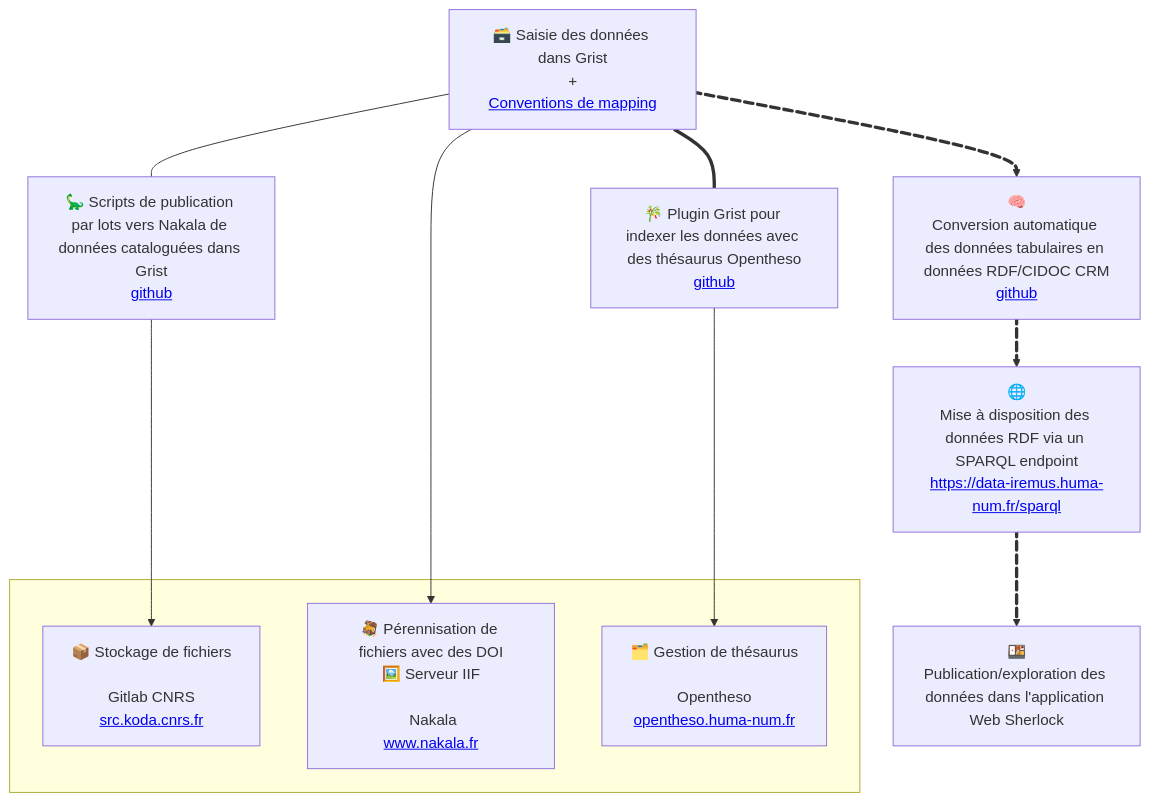
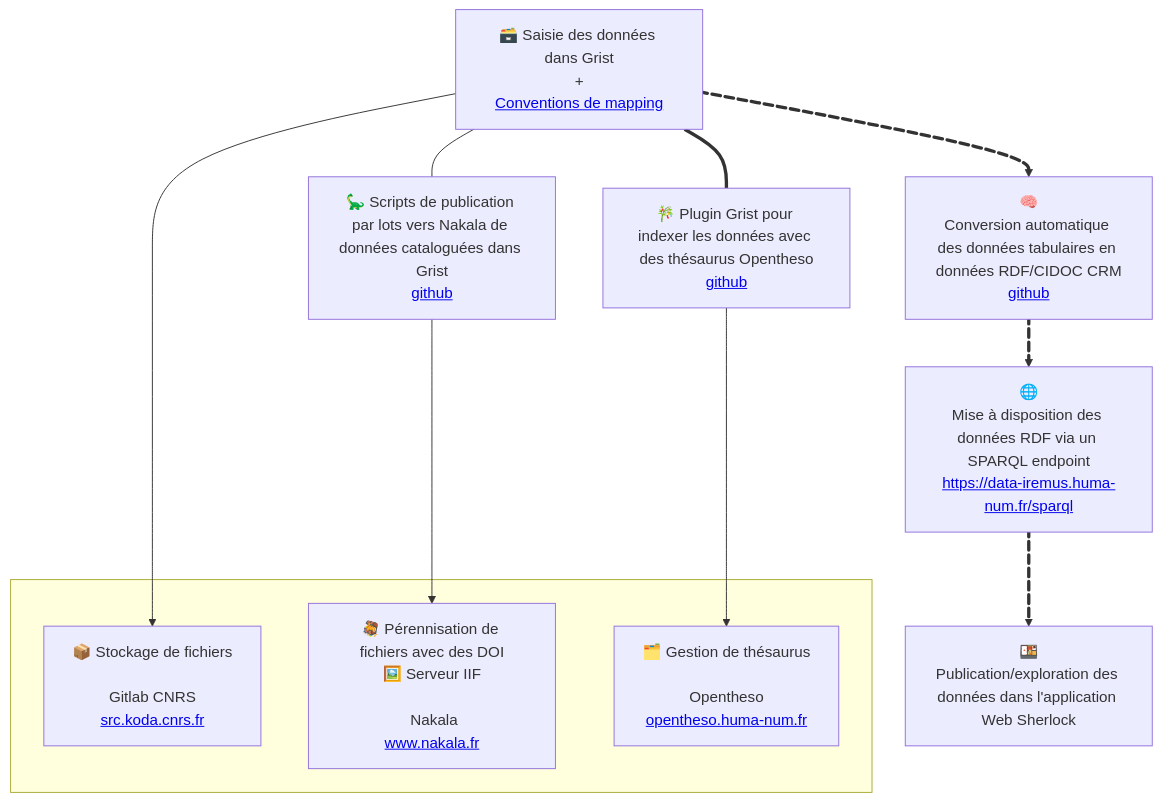
One commit to sherlock-iremus/sherlock changed the diagram in README.md. Above: the diagram before and after it, drawn with Mermaid.

````diff
--- a/README.md
+++ b/README.md
@@ -48,29 +48,29 @@
 ```mermaid
     flowchart TB
     
     subgraph  
     koda[📦 Stockage de fichiers<br><br>Gitlab CNRS<br><a href="https://src.koda.cnrs.fr/">src.koda.cnrs.fr</a>]
     nakala[🪎 Pérennisation de fichiers avec des DOI<br>🖼️ Serveur IIF<br><br> Nakala<br><a href="https://www.nakala.fr/">www.nakala.fr</a>]
     hnot[🗂️ Gestion de thésaurus<br><br>Opentheso<br><a href="https://opentheso.huma-num.fr/">opentheso.huma-num.fr</a>]
     end
     
     grist[🗃️ Saisie des données dans Grist<br>+<br><a href="https://github.com/sherlock-iremus/sherlock-grist-to-crm/blob/main/doc/mapping.md">Conventions de mapping</a>]
     scripts[🧠<br>Conversion automatique des données tabulaires en données RDF/CIDOC CRM<br><a href="https://github.com/sherlock-iremus/sherlock-grist-to-crm">github</a>]
     sparql[🌐<br>Mise à disposition des données RDF via un SPARQL endpoint<br><a href="https://data-iremus.huma-num.fr/sparql">https://data-iremus.huma-num.fr/sparql</a>]
     sherlock[🍱<br>Publication/exploration des données dans l'application Web Sherlock]
     gop[🎋 Plugin Grist pour indexer les données avec des thésaurus Opentheso<br><a href="https://github.com/sherlock-iremus/sherlock-grist-opentheso-plugin">github</a>]
     sdnakala[🦕 Scripts de publication par lots vers Nakala de données cataloguées dans Grist<br><a href="https://github.com/sherlock-iremus/sherlock-deno">github</a>]
 
     grist e1@==> scripts
     scripts e2@==> sparql
     sparql e3@==> sherlock
 
 
 e1@{ animate: true }
     e2@{ animate: true }
     e3@{ animate: true }
     
-    grist --- sdnakala--->koda
-    grist===gop--->hnot
-    grist--->nakala
+    grist ---> koda
+    grist === gop ---> hnot
+    grist --- sdnakala ---> nakala
 ```
````
